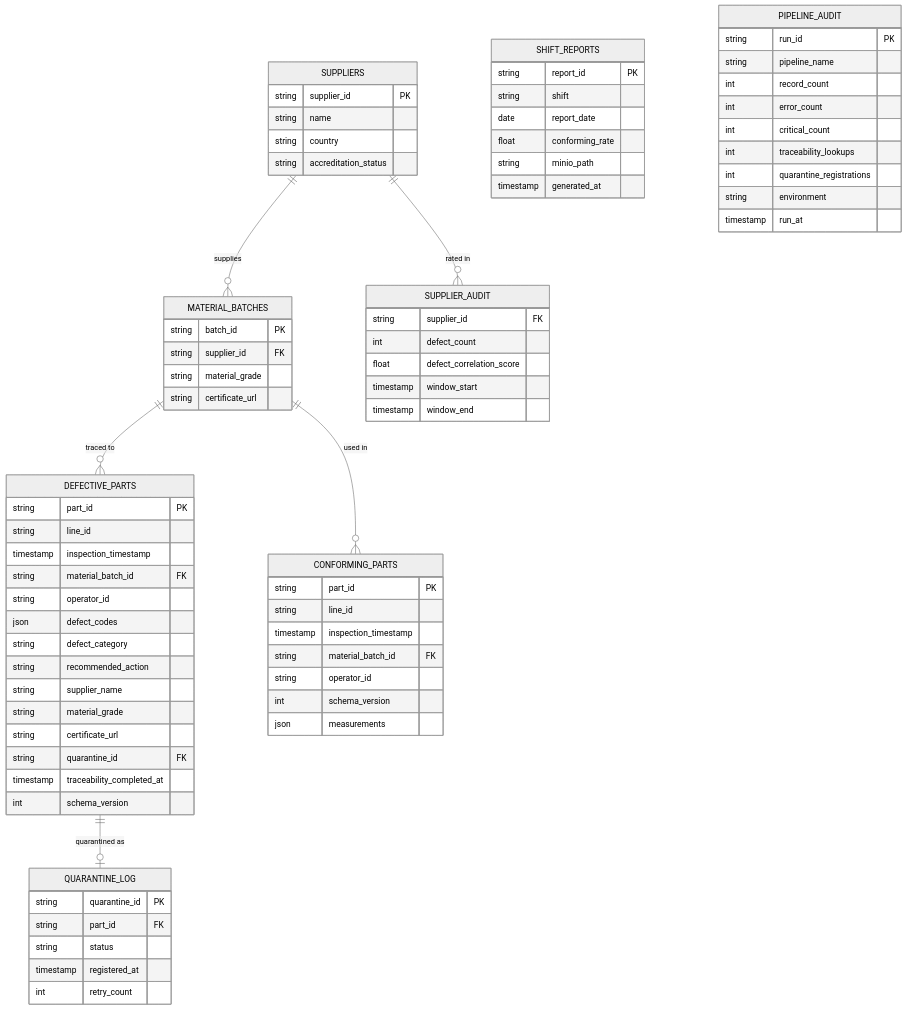
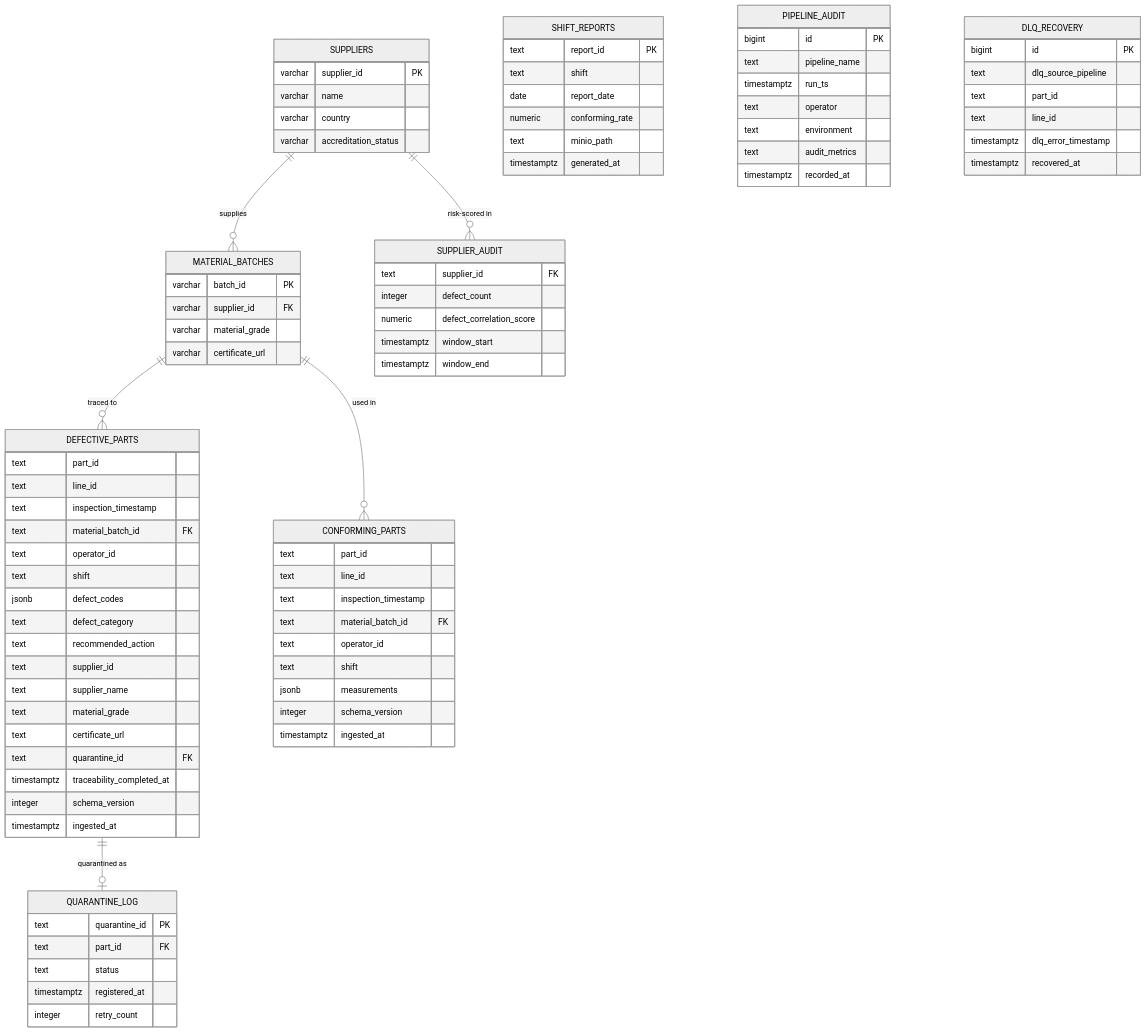
The diagram in diagrams/erd.md (eman-fj/quality-traceability-platform), drawn with Mermaid (neutral theme) before and after one commit. The commit also changed other lines of this file and 3 other files, not shown here.

Commit message:
docs: add README and system architecture diagrams

````diff
--- a/diagrams/erd.md
+++ b/diagrams/erd.md
@@ -6,79 +13,90 @@
 ```mermaid
 erDiagram
-    SUPPLIERS ||--o{ MATERIAL_BATCHES : "supplies"
+    SUPPLIERS ||--o{ MATERIAL_BATCHES : supplies
     MATERIAL_BATCHES ||--o{ DEFECTIVE_PARTS : "traced to"
     MATERIAL_BATCHES ||--o{ CONFORMING_PARTS : "used in"
     DEFECTIVE_PARTS ||--o| QUARANTINE_LOG : "quarantined as"
-    SUPPLIERS ||--o{ SUPPLIER_AUDIT : "rated in"
+    SUPPLIERS ||--o{ SUPPLIER_AUDIT : "risk-scored in"
 
     SUPPLIERS {
-        string supplier_id PK
-        string name
-        string country
-        string accreditation_status
+        varchar supplier_id PK
+        varchar name
+        varchar country
+        varchar accreditation_status
     }
     MATERIAL_BATCHES {
-        string batch_id PK
-        string supplier_id FK
-        string material_grade
-        string certificate_url
+        varchar batch_id PK
+        varchar supplier_id FK
+        varchar material_grade
+        varchar certificate_url
     }
     CONFORMING_PARTS {
-        string part_id PK
-        string line_id
-        timestamp inspection_timestamp
-        string material_batch_id FK
-        string operator_id
-        int schema_version
-        json measurements
+        text part_id
+        text line_id
+        text inspection_timestamp
+        text material_batch_id FK
+        text operator_id
+        text shift
+        jsonb measurements
+        integer schema_version
+        timestamptz ingested_at
     }
     DEFECTIVE_PARTS {
-        string part_id PK
-        string line_id
-        timestamp inspection_timestamp
-        string material_batch_id FK
-        string operator_id
-        json defect_codes
-        string defect_category
-        string recommended_action
-        string supplier_name
-        string material_grade
-        string certificate_url
-        string quarantine_id FK
-        timestamp traceability_completed_at
-        int schema_version
+        text part_id
+        text line_id
+        text inspection_timestamp
+        text material_batch_id FK
+        text operator_id
+        text shift
+        jsonb defect_codes
+        text defect_category
+        text recommended_action
+        text supplier_id
+        text supplier_name
+        text material_grade
+        text certificate_url
+        text quarantine_id FK
+        timestamptz traceability_completed_at
+        integer schema_version
+        timestamptz ingested_at
     }
     QUARANTINE_LOG {
-        string quarantine_id PK
-        string part_id FK
-        string status
-        timestamp registered_at
-        int retry_count
+        text quarantine_id PK
+        text part_id FK
+        text status
+        timestamptz registered_at
+        integer retry_count
     }
     SUPPLIER_AUDIT {
-        string supplier_id FK
-        int defect_count
-        float defect_correlation_score
-        timestamp window_start
-        timestamp window_end
+        text supplier_id FK
+        integer defect_count
+        numeric defect_correlation_score
+        timestamptz window_start
+        timestamptz window_end
     }
     SHIFT_REPORTS {
-        string report_id PK
-        string shift
+        text report_id PK
+        text shift
         date report_date
-        float conforming_rate
-        string minio_path
-        timestamp generated_at
+        numeric conforming_rate
+        text minio_path
+        timestamptz generated_at
     }
     PIPELINE_AUDIT {
-        string run_id PK
-        string pipeline_name
-        int record_count
-        int error_count
-        int critical_count
-        int traceability_lookups
-        int quarantine_registrations
-        string environment
-        timestamp run_at
+        bigint id PK
+        text pipeline_name
+        timestamptz run_ts
+        text operator
+        text environment
+        text audit_metrics
+        timestamptz recorded_at
+    }
+    DLQ_RECOVERY {
+        bigint id PK
+        text dlq_source_pipeline
+        text part_id
+        text line_id
+        timestamptz dlq_error_timestamp
+        timestamptz recovered_at
     }
 ```
````
